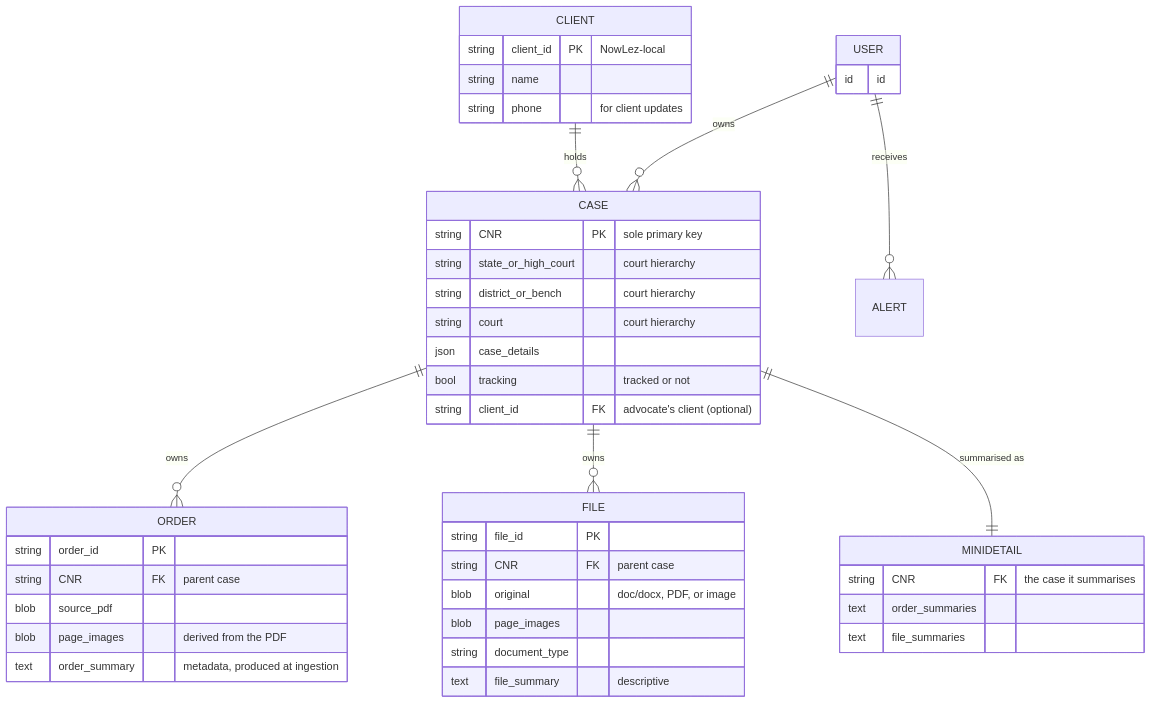
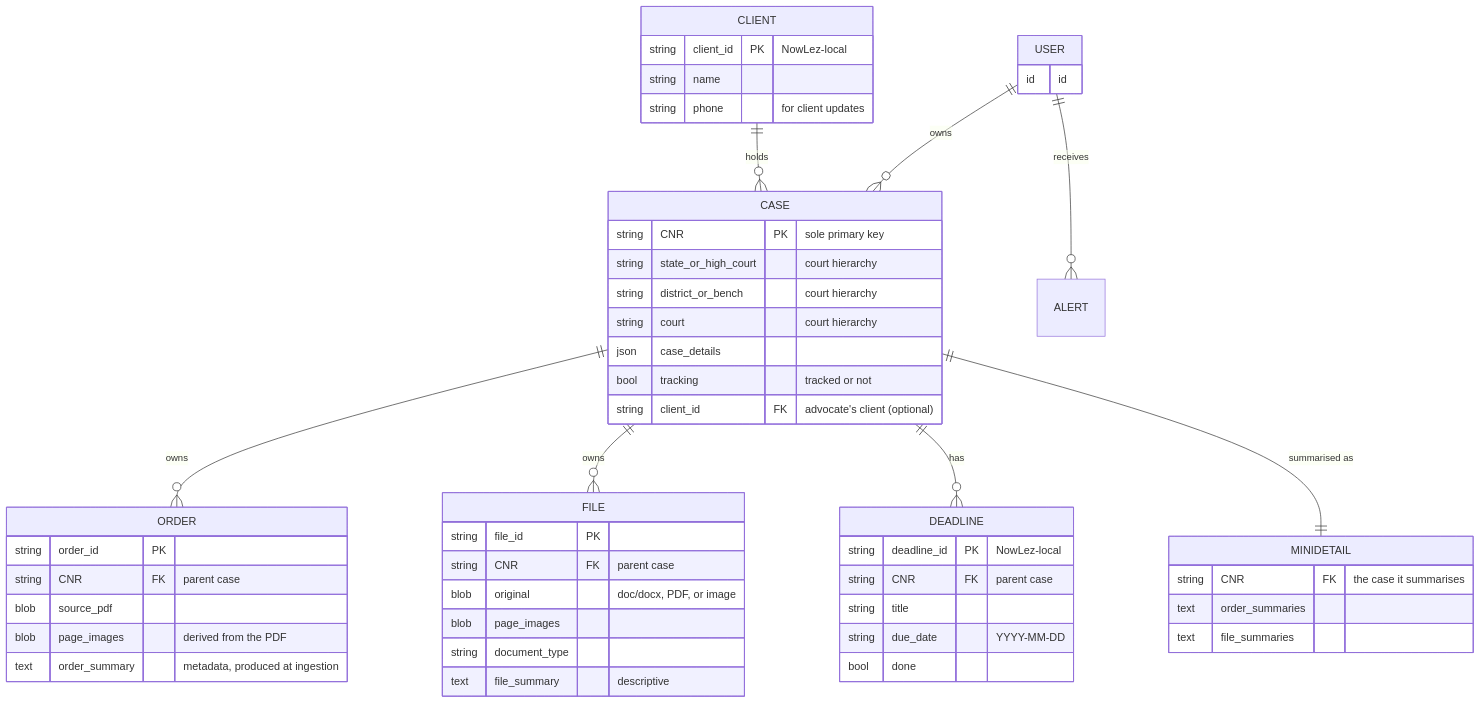
Before and after one commit to Rithik150500/NowlezMunshi: the diagram in docs/data-model.md, drawn with Mermaid. The commit also changed other lines of this file and 12 other files, not shown here.

````diff
--- a/docs/data-model.md
+++ b/docs/data-model.md
@@ -7,47 +7,55 @@
 ```mermaid
 erDiagram
     USER ||--o{ CASE : owns
     USER ||--o{ ALERT : receives
     CLIENT ||--o{ CASE : holds
     CASE ||--o{ ORDER : owns
     CASE ||--o{ FILE : owns
+    CASE ||--o{ DEADLINE : has
     CASE ||--|| MINIDETAIL : "summarised as"
 
     USER {
         id id
     }
     CLIENT {
         string client_id PK "NowLez-local"
         string name
         string phone "for client updates"
+    }
+    DEADLINE {
+        string deadline_id PK "NowLez-local"
+        string CNR FK "parent case"
+        string title
+        string due_date "YYYY-MM-DD"
+        bool done
     }
     CASE {
         string CNR PK "sole primary key"
         string state_or_high_court "court hierarchy"
         string district_or_bench "court hierarchy"
         string court "court hierarchy"
         json case_details
         bool tracking "tracked or not"
         string client_id FK "advocate's client (optional)"
     }
     ORDER {
         string order_id PK
         string CNR FK "parent case"
         blob source_pdf
         blob page_images "derived from the PDF"
         text order_summary "metadata, produced at ingestion"
     }
     FILE {
         string file_id PK
         string CNR FK "parent case"
         blob original "doc/docx, PDF, or image"
         blob page_images
         string document_type
         text file_summary "descriptive"
     }
     MINIDETAIL {
         string CNR FK "the case it summarises"
         text order_summaries
         text file_summaries
     }
 ```
````
